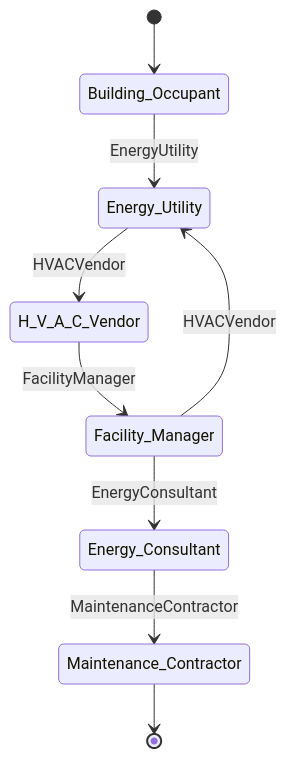
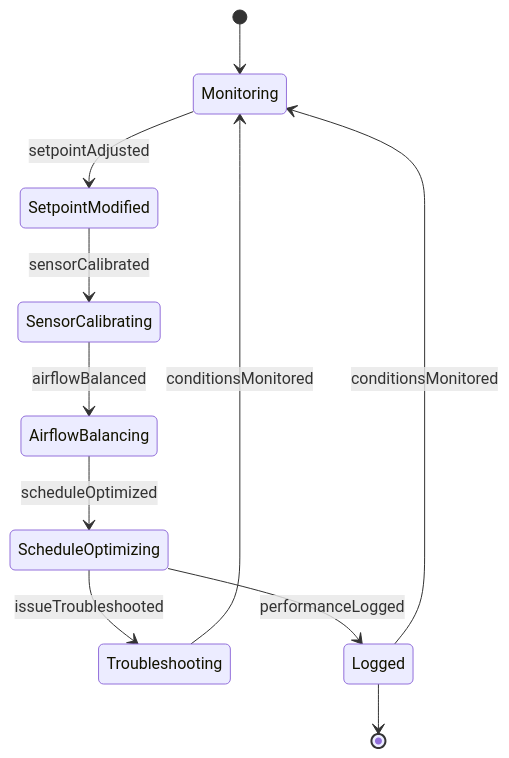
The second of 4 diagrams in HandlingAndMovingObjects/AdjustEquipmentToEnsureAdequatePerformance/AdjustBuildingClimateControlSystems.mdx (dot-org-ai/tasks.org.ai), drawn with Mermaid before and after one commit. The commit also changed other lines of this file and 40 other files, not shown here.

First line of the commit message:
fix: Replace Actor-based ER and State diagrams with Entity/Event-based diagrams in 41 HandlingAndMovingObjects DWA files

````diff
--- a/HandlingAndMovingObjects/AdjustEquipmentToEnsureAdequatePerformance/AdjustBuildingClimateControlSystems.mdx
+++ b/HandlingAndMovingObjects/AdjustEquipmentToEnsureAdequatePerformance/AdjustBuildingClimateControlSystems.mdx
@@ -103,11 +101,13 @@
 ```mermaid
 stateDiagram-v2
-    [*] --> Building_Occupant
-    Building_Occupant --> Energy_Utility: EnergyUtility
-    Energy_Utility --> H_V_A_C_Vendor: HVACVendor
-    H_V_A_C_Vendor --> Facility_Manager: FacilityManager
-    Facility_Manager --> Energy_Consultant: EnergyConsultant
-    Energy_Consultant --> Maintenance_Contractor: MaintenanceContractor
-    Facility_Manager --> Energy_Utility: HVACVendor
-    Maintenance_Contractor --> [*]
+    [*] --> Monitoring
+    Monitoring --> SetpointModified : setpointAdjusted
+    SetpointModified --> SensorCalibrating : sensorCalibrated
+    SensorCalibrating --> AirflowBalancing : airflowBalanced
+    AirflowBalancing --> ScheduleOptimizing : scheduleOptimized
+    ScheduleOptimizing --> Troubleshooting : issueTroubleshooted
+    Troubleshooting --> Monitoring : conditionsMonitored
+    ScheduleOptimizing --> Logged : performanceLogged
+    Logged --> Monitoring : conditionsMonitored
+    Logged --> [*]
 ```
````
